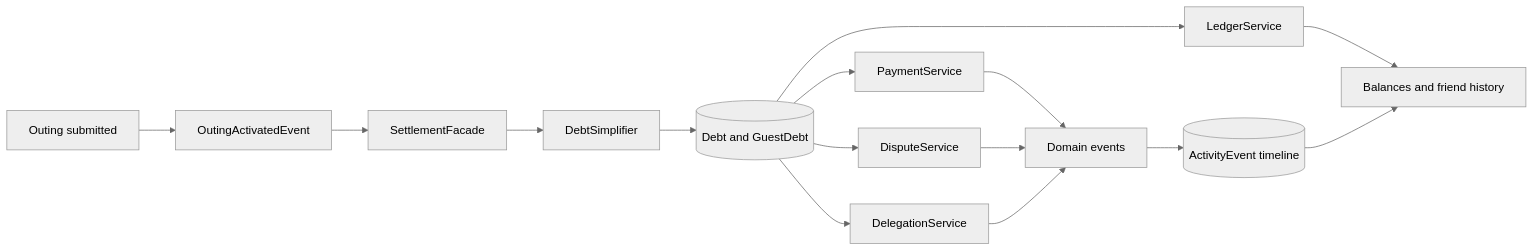
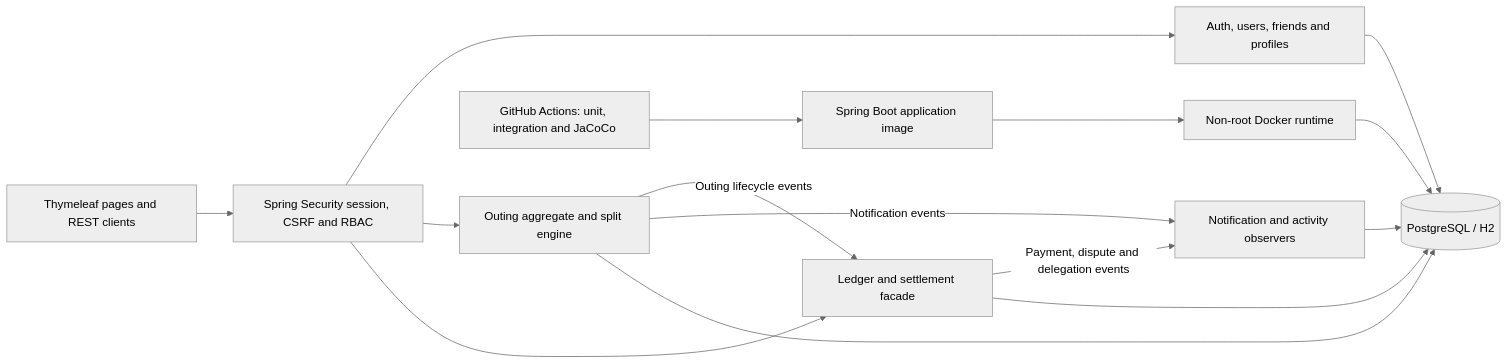
The diagram in TEAM_3_REPORT_AND_DEMO.md (narukami00/Koto-Pai), drawn with Mermaid (neutral theme) before and after one commit. The commit also changed other lines of this file and 2 other files, not shown here.

Commit message:
test: complete ledger phase 4 hardening and report

````diff
--- a/TEAM_3_REPORT_AND_DEMO.md
+++ b/TEAM_3_REPORT_AND_DEMO.md
@@ -7,17 +7,17 @@
 ```mermaid
 flowchart LR
-    O[Outing submitted] --> E[OutingActivatedEvent]
-    E --> F[SettlementFacade]
-    F --> S[DebtSimplifier]
-    S --> D[(Debt and GuestDebt)]
-    D --> L[LedgerService]
-    D --> P[PaymentService]
-    D --> X[DisputeService]
-    D --> G[DelegationService]
-    P --> EV[Domain events]
-    X --> EV
-    G --> EV
-    EV --> A[(ActivityEvent timeline)]
-    L --> UI[Balances and friend history]
-    A --> UI
+    UI[Thymeleaf pages and REST clients] --> SEC[Spring Security session, CSRF and RBAC]
+    SEC --> AUTH[Auth, users, friends and profiles]
+    SEC --> OUT[Outing aggregate and split engine]
+    SEC --> LED[Ledger and settlement facade]
+    OUT -->|Outing lifecycle events| LED
+    OUT -->|Notification events| OBS[Notification and activity observers]
+    LED -->|Payment, dispute and delegation events| OBS
+    OUT --> DB[(PostgreSQL / H2)]
+    LED --> DB
+    AUTH --> DB
+    OBS --> DB
+    CI[GitHub Actions: unit, integration and JaCoCo] --> APP[Spring Boot application image]
+    APP --> DOCKER[Non-root Docker runtime]
+    DOCKER --> DB
 ```
````
